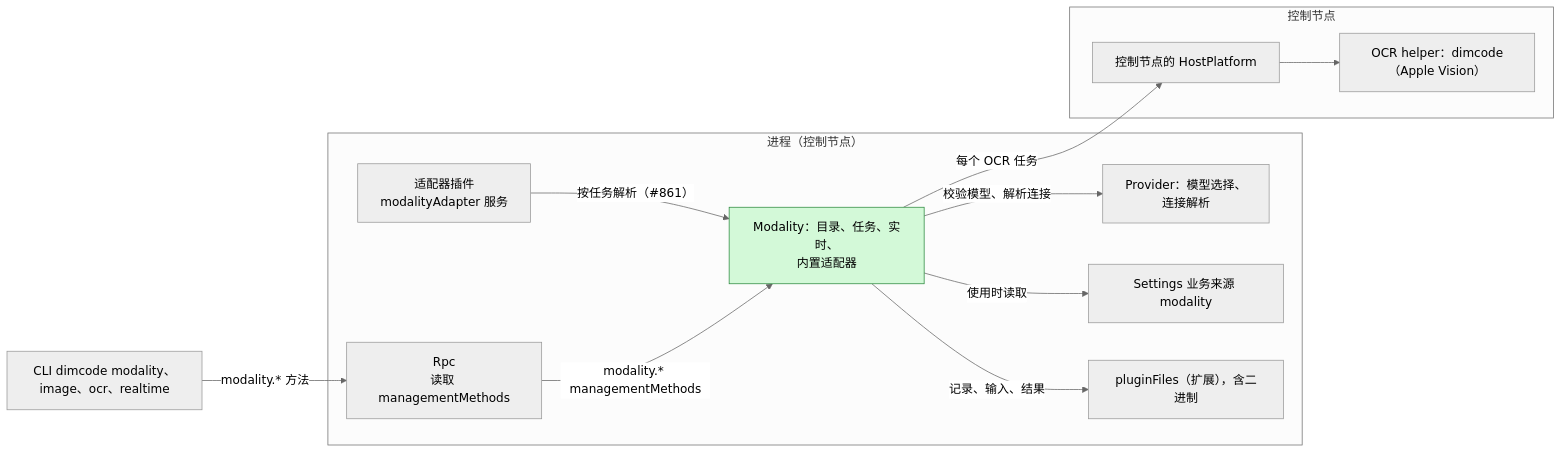
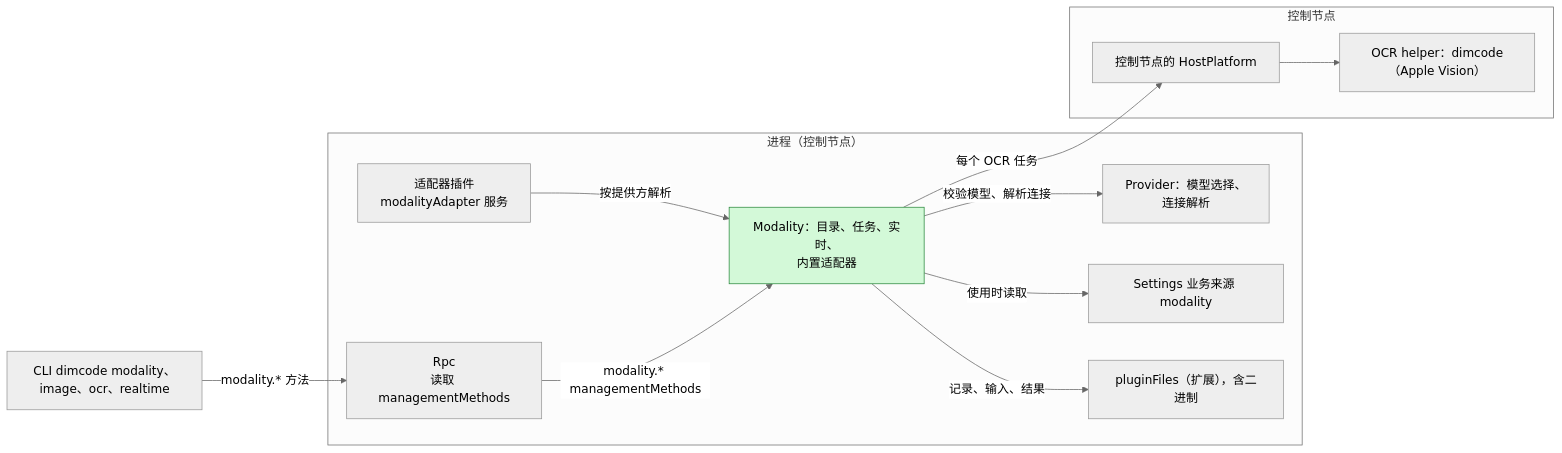
Before and after one commit to CoutinhoTTS/dim-agent: the first of 6 diagrams in docs/zh/design/plugins/Modality.md, drawn with Mermaid (neutral theme). The commit also changed other lines of this file and 1 other file, not shown here.

````diff
--- a/docs/zh/design/plugins/Modality.md
+++ b/docs/zh/design/plugins/Modality.md
@@ -13,25 +13,25 @@
 ```mermaid
 flowchart LR
   subgraph PROC["进程（控制节点）"]
     Mod["Modality：目录、任务、实时、<br/>内置适配器"]:::new
     AdPlug["适配器插件<br/>modalityAdapter 服务"]
     Rpc["Rpc<br/>读取 managementMethods"]
     Prov["Provider：模型选择、<br/>连接解析"]
     Set["Settings 业务来源 modality"]
     Store["pluginFiles（扩展），含二进制"]
   end
   subgraph NODE["控制节点"]
     HP["控制节点的 HostPlatform"]
     OCR["OCR helper：dimcode（Apple Vision）"]
   end
   CLI["CLI dimcode modality、image、ocr、realtime"]
-  AdPlug -->|"按任务解析（#861）"| Mod
+  AdPlug -->|"按提供方解析"| Mod
   Mod -->|"每个 OCR 任务"| HP
   HP --> OCR
   Mod -->|"校验模型、解析连接"| Prov
   Mod -->|"记录、输入、结果"| Store
   Mod -->|"使用时读取"| Set
   Rpc -->|"modality.* managementMethods"| Mod
   CLI -->|"modality.* 方法"| Rpc
   classDef new fill:#d3f9d8,stroke:#2b8a3e,color:#000
 ```
````
